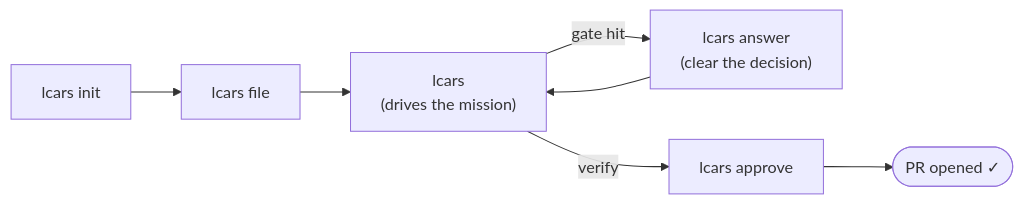
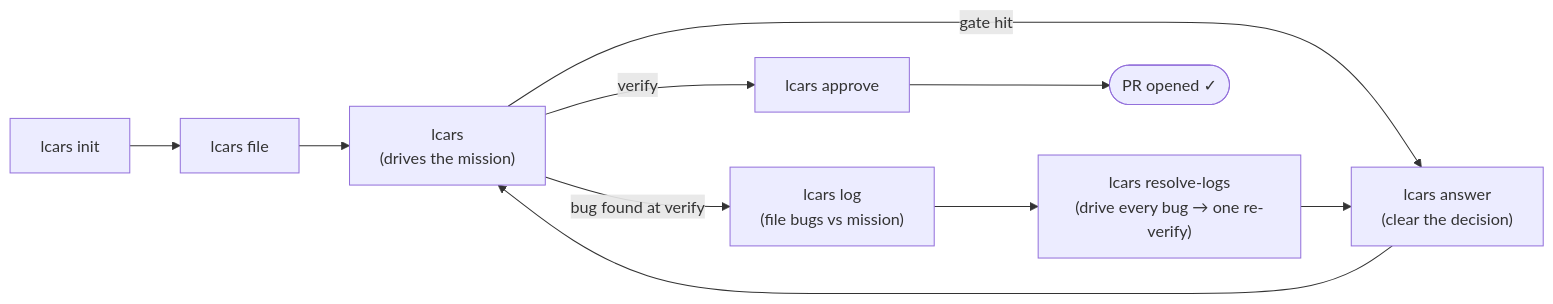
Before and after one commit to roferg/LCARS: the third of 4 diagrams in README.md, drawn with Mermaid. The commit also changed other lines of this file and 3 other files, not shown here.

First line of the commit message:
docs(resolve-logs): document `lcars resolve-logs` in README, vision, and the rendered HTML

````diff
--- a/README.md
+++ b/README.md
@@ -205,9 +205,12 @@
 ```mermaid
 flowchart LR
     I[lcars init] --> F[lcars file]
     F --> Lc["lcars\n(drives the mission)"]
     Lc -->|"gate hit"| An["lcars answer\n(clear the decision)"]
     An --> Lc
+    Lc -->|"bug found at verify"| Lg["lcars log\n(file bugs vs mission)"]
+    Lg --> Rl["lcars resolve-logs\n(drive every bug → one re-verify)"]
+    Rl --> An
     Lc -->|"verify"| Ap[lcars approve]
     Ap --> Done([PR opened ✓])
 ```
````
